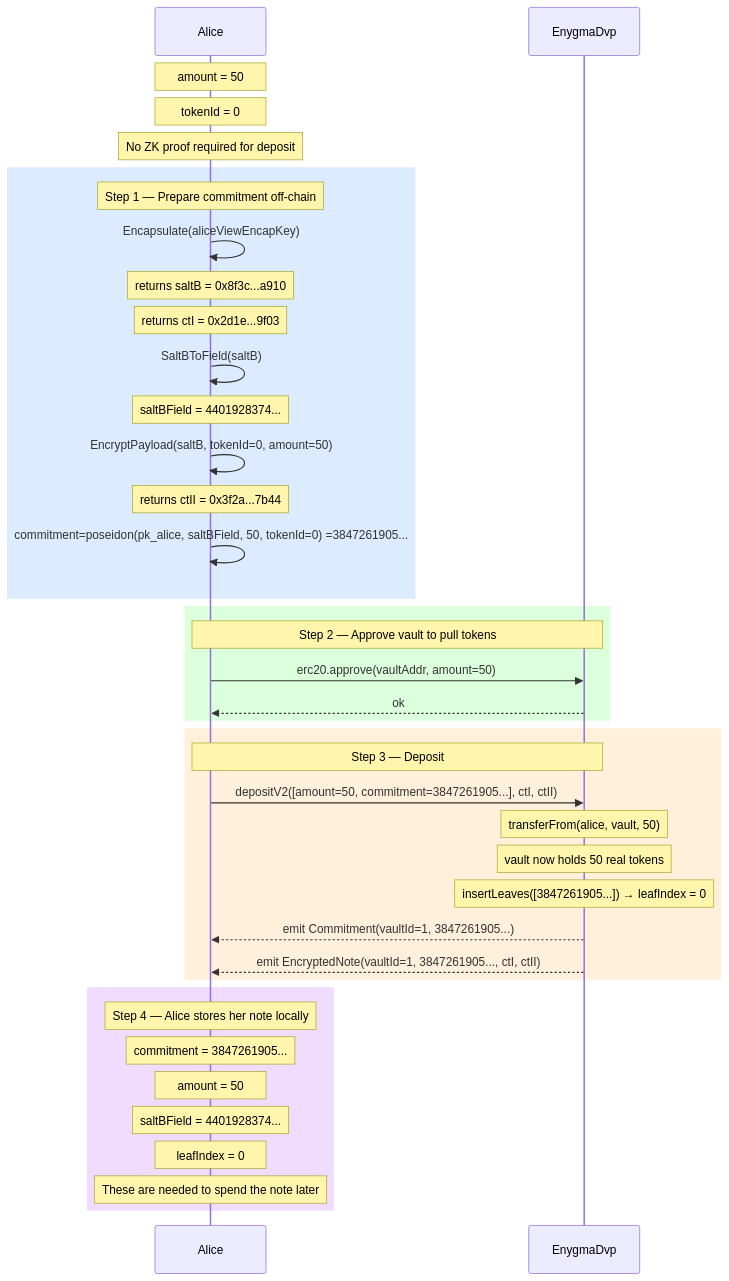
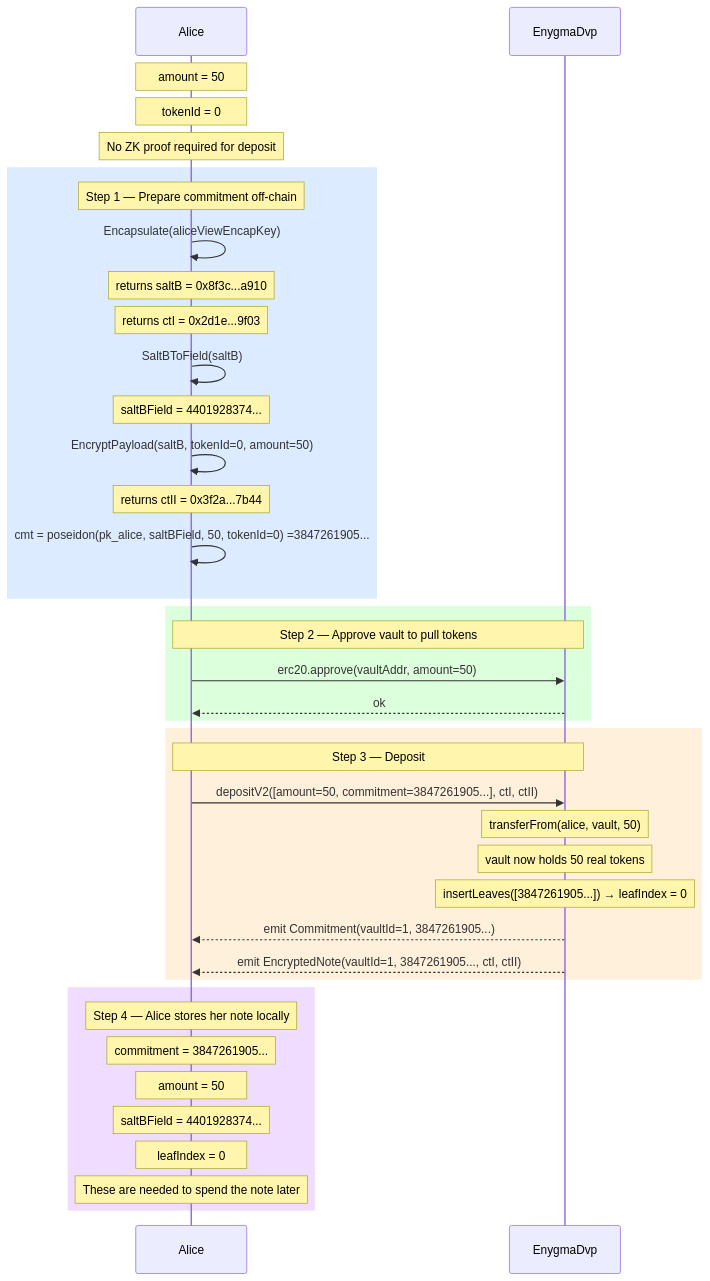
Before and after one commit to yaksetig/Enygma: the diagram in enygma_dvp/docs/flows/01_deposit.md, drawn with Mermaid. The commit also changed 7 other files, not shown here.

````diff
--- a/enygma_dvp/docs/flows/01_deposit.md
+++ b/enygma_dvp/docs/flows/01_deposit.md
@@ -25,54 +25,54 @@
 ```mermaid
 sequenceDiagram
     participant Alice
     participant DVP as EnygmaDvp
 
     Note over Alice: amount = 50
     Note over Alice: tokenId = 0
     Note over Alice: No ZK proof required for deposit
 
     rect rgb(220, 235, 255)
         Note over Alice: Step 1 — Prepare commitment off-chain
 
         Alice->>Alice: Encapsulate(aliceViewEncapKey)
         Note over Alice: returns saltB = 0x8f3c...a910
         Note over Alice: returns ctI   = 0x2d1e...9f03
 
         Alice->>Alice: SaltBToField(saltB)
         Note over Alice: saltBField = 4401928374...
 
         Alice->>Alice: EncryptPayload(saltB, tokenId=0, amount=50)
         Note over Alice: returns ctII = 0x3f2a...7b44
 
-        Alice->>Alice: commitment=poseidon(pk_alice, saltBField, 50, tokenId=0) =3847261905...
+        Alice->>Alice: cmt = poseidon(pk_alice, saltBField, 50, tokenId=0) =3847261905...
 
     end
 
     rect rgb(220, 255, 220)
         Note over Alice,DVP: Step 2 — Approve vault to pull tokens
 
         Alice->>DVP: erc20.approve(vaultAddr, amount=50)
         DVP-->>Alice: ok
     end
 
     rect rgb(255, 240, 220)
         Note over Alice,DVP: Step 3 — Deposit
 
         Alice->>DVP: depositV2([amount=50, commitment=3847261905...], ctI, ctII)
         Note over DVP: transferFrom(alice, vault, 50)
         Note over DVP: vault now holds 50 real tokens
         Note over DVP: insertLeaves([3847261905...]) → leafIndex = 0
 
         DVP-->>Alice: emit Commitment(vaultId=1, 3847261905...)
         DVP-->>Alice: emit EncryptedNote(vaultId=1, 3847261905..., ctI, ctII)
     end
 
     rect rgb(240, 220, 255)
         Note over Alice: Step 4 — Alice stores her note locally
         Note over Alice: commitment = 3847261905...
         Note over Alice: amount     = 50
         Note over Alice: saltBField = 4401928374...
         Note over Alice: leafIndex  = 0
         Note over Alice: These are needed to spend the note later
     end
 ```
````
